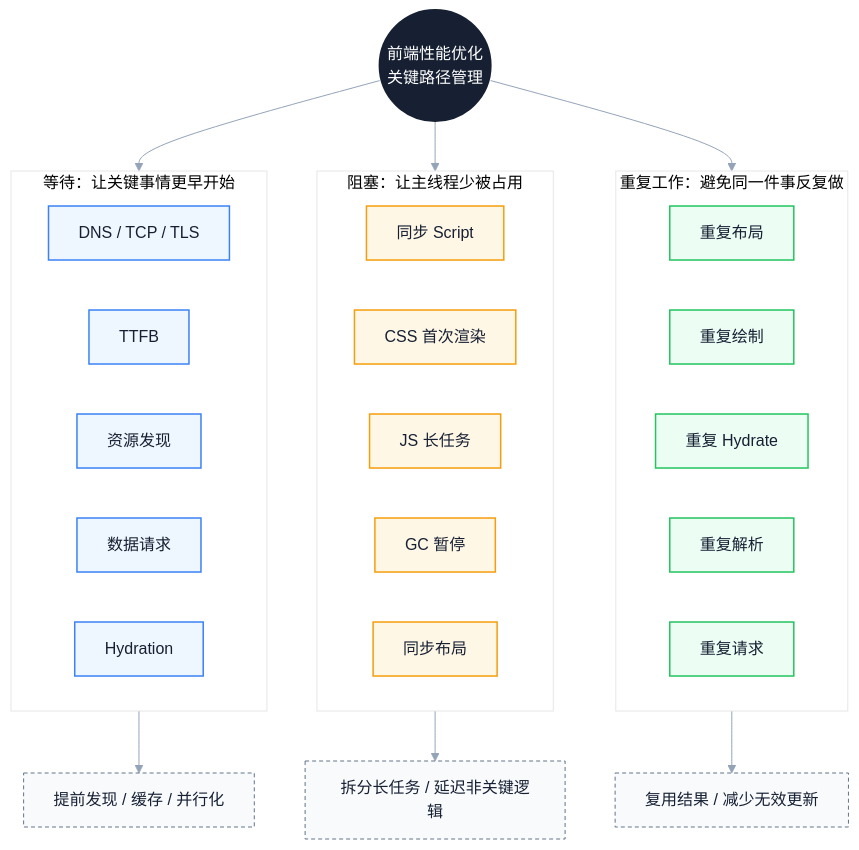
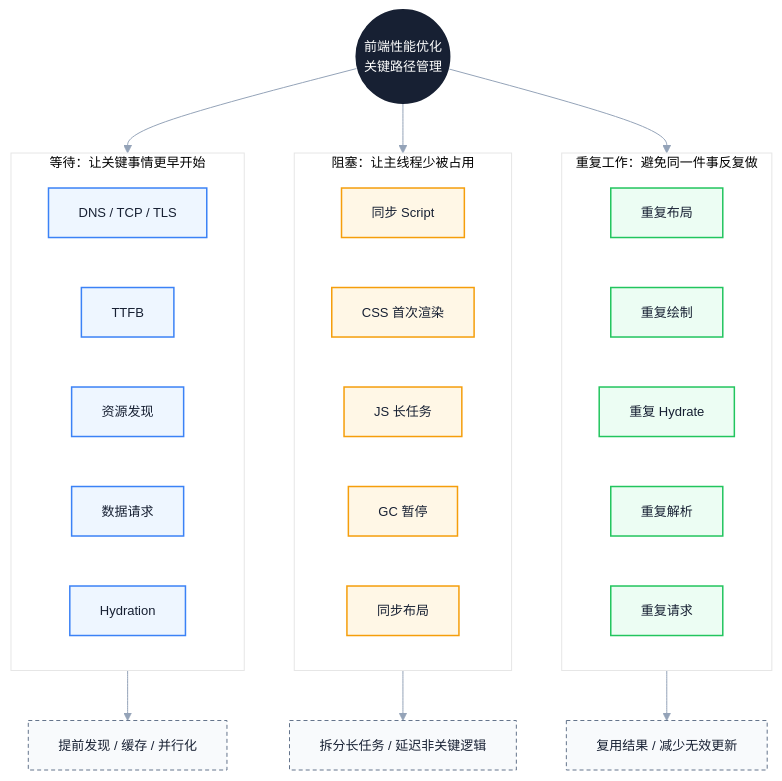
Before and after one commit to Fatejian/frontier-vault: the third of 3 diagrams in docs/performance/critical-path.md, drawn with Mermaid. The commit also changed other lines of this file and 37 other files, not shown here.

````diff
--- a/docs/performance/critical-path.md
+++ b/docs/performance/critical-path.md
@@ -743,49 +743,49 @@
 ```mermaid
-%%{init: {'theme': 'base', 'themeVariables': { 'fontFamily': 'Inter, PingFang SC, Microsoft YaHei, sans-serif', 'primaryColor': '#FFFFFF', 'primaryTextColor': '#172033', 'primaryBorderColor': '#CBD5E1', 'lineColor': '#94A3B8'}}}%%
+%%{init: {'theme': 'base', 'themeVariables': { 'fontFamily': 'Inter, PingFang SC, Microsoft YaHei, sans-serif', 'primaryColor': '#FFFFFF', 'fontSize': '13px', 'primaryTextColor': '#172033', 'primaryBorderColor': '#CBD5E1', 'lineColor': '#94A3B8'}}}%%
 flowchart TB
     Core((前端性能优化<br/>关键路径管理))
 
     subgraph Wait["等待：让关键事情更早开始"]
         W1[DNS / TCP / TLS]
         W2[TTFB]
         W3[资源发现]
         W4[数据请求]
         W5[Hydration]
     end
 
     subgraph Block["阻塞：让主线程少被占用"]
         B1[同步 Script]
         B2[CSS 首次渲染]
         B3[JS 长任务]
         B4[GC 暂停]
         B5[同步布局]
     end
 
     subgraph Repeat["重复工作：避免同一件事反复做"]
         R1[重复布局]
         R2[重复绘制]
         R3[重复 Hydrate]
         R4[重复解析]
         R5[重复请求]
     end
 
     Core --> Wait
     Core --> Block
     Core --> Repeat
 
     Wait --> Strategy1[提前发现 / 缓存 / 并行化]
     Block --> Strategy2[拆分长任务 / 延迟非关键逻辑]
     Repeat --> Strategy3[复用结果 / 减少无效更新]
 
     classDef core fill:#172033,color:#fff,stroke:#172033,stroke-width:2px;
     classDef wait fill:#EEF6FF,stroke:#3B82F6,color:#172033,stroke-width:1.5px;
     classDef block fill:#FFF7E6,stroke:#F59E0B,color:#172033,stroke-width:1.5px;
     classDef repeat fill:#ECFDF3,stroke:#22C55E,color:#172033,stroke-width:1.5px;
     classDef strategy fill:#F8FAFC,stroke:#64748B,color:#172033,stroke-dasharray: 4 3;
 
     class Core core;
     class W1,W2,W3,W4,W5 wait;
     class B1,B2,B3,B4,B5 block;
     class R1,R2,R3,R4,R5 repeat;
     class Strategy1,Strategy2,Strategy3 strategy;
 ```
````
